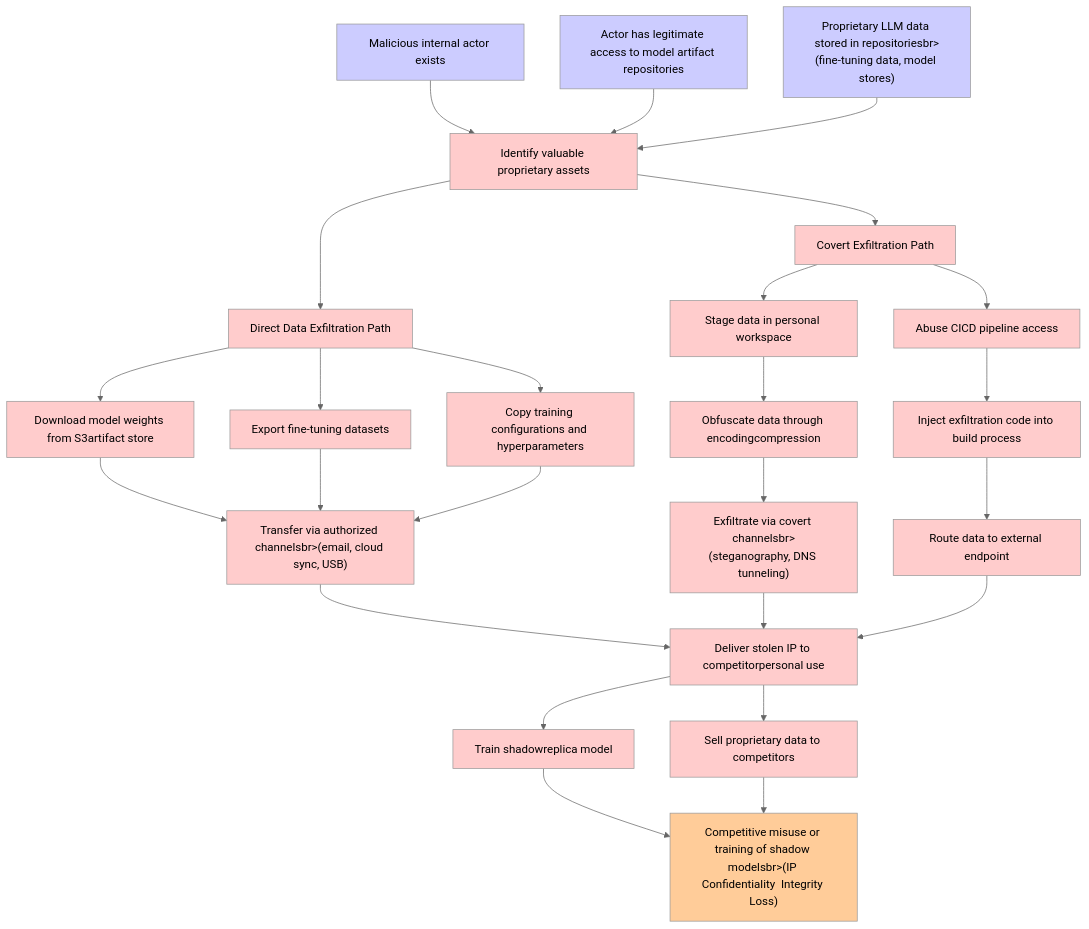
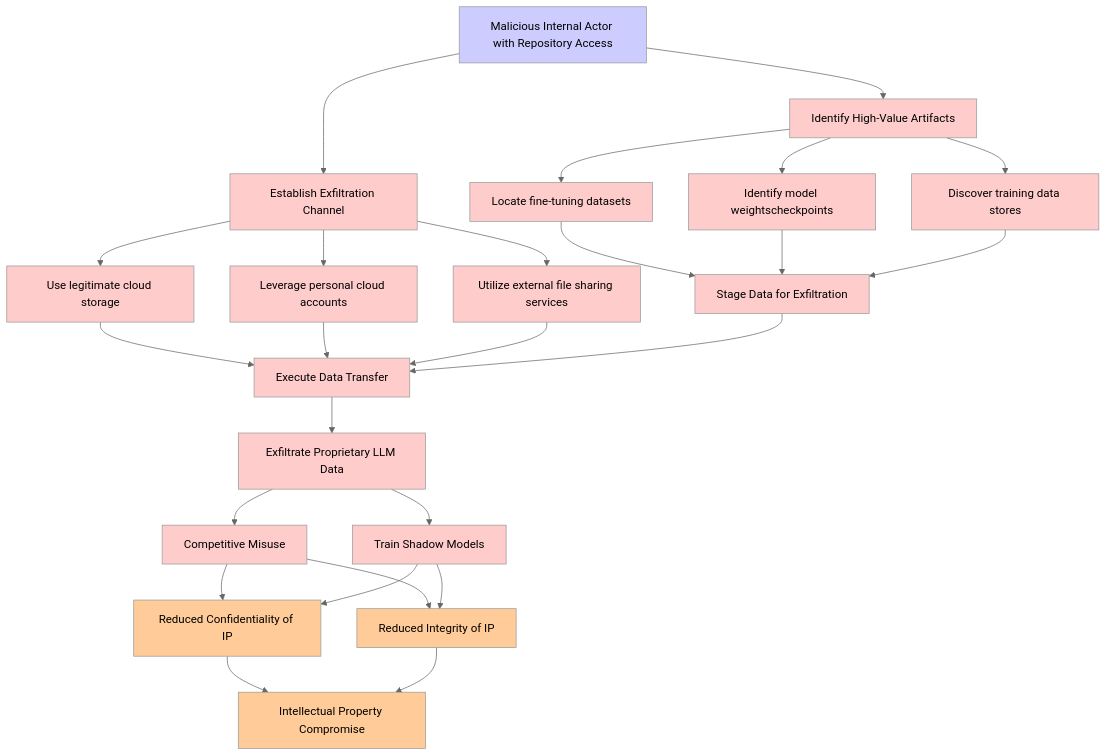
The diagram in sample-applications/genai-chatbot/threatforest/attack_trees/attack_tree_463f80c0-9786-4cfb-a3fb-30cc07f47ae1_llm03_supply_chain,_llm02_sensitiveinfo_disclosure.md (aws-samples/sample-agentic-attack-tree-generator), drawn with Mermaid (neutral theme) before and after one commit. The commit also changed other lines of this file and 310 other files, not shown here.

````diff
--- a/sample-applications/genai-chatbot/threatforest/attack_trees/attack_tree_463f80c0-9786-4cfb-a3fb-30cc07f47ae1_llm03_supply_chain,_llm02_sensitiveinfo_disclosure.md
+++ b/sample-applications/genai-chatbot/threatforest/attack_trees/attack_tree_463f80c0-9786-4cfb-a3fb-30cc07f47ae1_llm03_supply_chain,_llm02_sensitiveinfo_disclosure.md
@@ -8,38 +8,34 @@
 ```mermaid
 graph TD
-    GOAL["Competitive misuse or training of shadow modelsbr>(IP Confidentiality  Integrity Loss)"]
-    FACT1["Malicious internal actor exists"]
-    FACT2["Actor has legitimate access to model artifact repositories"]
-    FACT3["Proprietary LLM data stored in repositoriesbr>(fine-tuning data, model stores)"]
-    FACT1 --> A1["Identify valuable proprietary assets"]
-    FACT2 --> A1
-    FACT3 --> A1
-    A1 --> PATH1["Direct Data Exfiltration Path"]
-    A1 --> PATH2["Covert Exfiltration Path"]
-    PATH1 --> A2["Download model weights from S3artifact store"]
-    PATH1 --> A3["Export fine-tuning datasets"]
-    PATH1 --> A4["Copy training configurations and hyperparameters"]
-    A2 --> A5["Transfer via authorized channelsbr>(email, cloud sync, USB)"]
-    A3 --> A5
-    A4 --> A5
-    PATH2 --> A6["Stage data in personal workspace"]
-    A6 --> A7["Obfuscate data through encodingcompression"]
-    A7 --> A8["Exfiltrate via covert channelsbr>(steganography, DNS tunneling)"]
-    PATH2 --> A9["Abuse CICD pipeline access"]
-    A9 --> A10["Inject exfiltration code into build process"]
-    A10 --> A11["Route data to external endpoint"]
-    A5 --> A12["Deliver stolen IP to competitorpersonal use"]
-    A8 --> A12
-    A11 --> A12
-    A12 --> A13["Train shadowreplica model"]
-    A12 --> A14["Sell proprietary data to competitors"]
-    A13 --> GOAL
-    A14 --> GOAL
+    A["Malicious Internal Actor with Repository Access"] --> B["Identify High-Value Artifacts"]
+    A --> C["Establish Exfiltration Channel"]
+    B --> B1["Locate fine-tuning datasets"]
+    B --> B2["Identify model weightscheckpoints"]
+    B --> B3["Discover training data stores"]
+    B1 --> D["Stage Data for Exfiltration"]
+    B2 --> D
+    B3 --> D
+    C --> C1["Use legitimate cloud storage"]
+    C --> C2["Leverage personal cloud accounts"]
+    C --> C3["Utilize external file sharing services"]
+    C1 --> E["Execute Data Transfer"]
+    C2 --> E
+    C3 --> E
+    D --> E
+    E --> F["Exfiltrate Proprietary LLM Data"]
+    F --> G["Competitive Misuse"]
+    F --> H["Train Shadow Models"]
+    G --> I["Reduced Confidentiality of IP"]
+    H --> I
+    G --> J["Reduced Integrity of IP"]
+    H --> J
+    I --> K["Intellectual Property Compromise"]
+    J --> K
+    classDef fact fill:#ccccff
     classDef attack fill:#ffcccc
     classDef goal fill:#ffcc99
-    classDef fact fill:#ccccff
-    class FACT1,FACT2,FACT3 fact
-    class A1,A2,A3,A4,A5,A6,A7,A8,A9,A10,A11,A12,A13,A14,PATH1,PATH2 attack
-    class GOAL goal
+    class A fact
+    class B,B1,B2,B3,C,C1,C2,C3,D,E,F,G,H attack
+    class I,J,K goal
     classDef mitigation fill:#ccffcc
 ```
````
